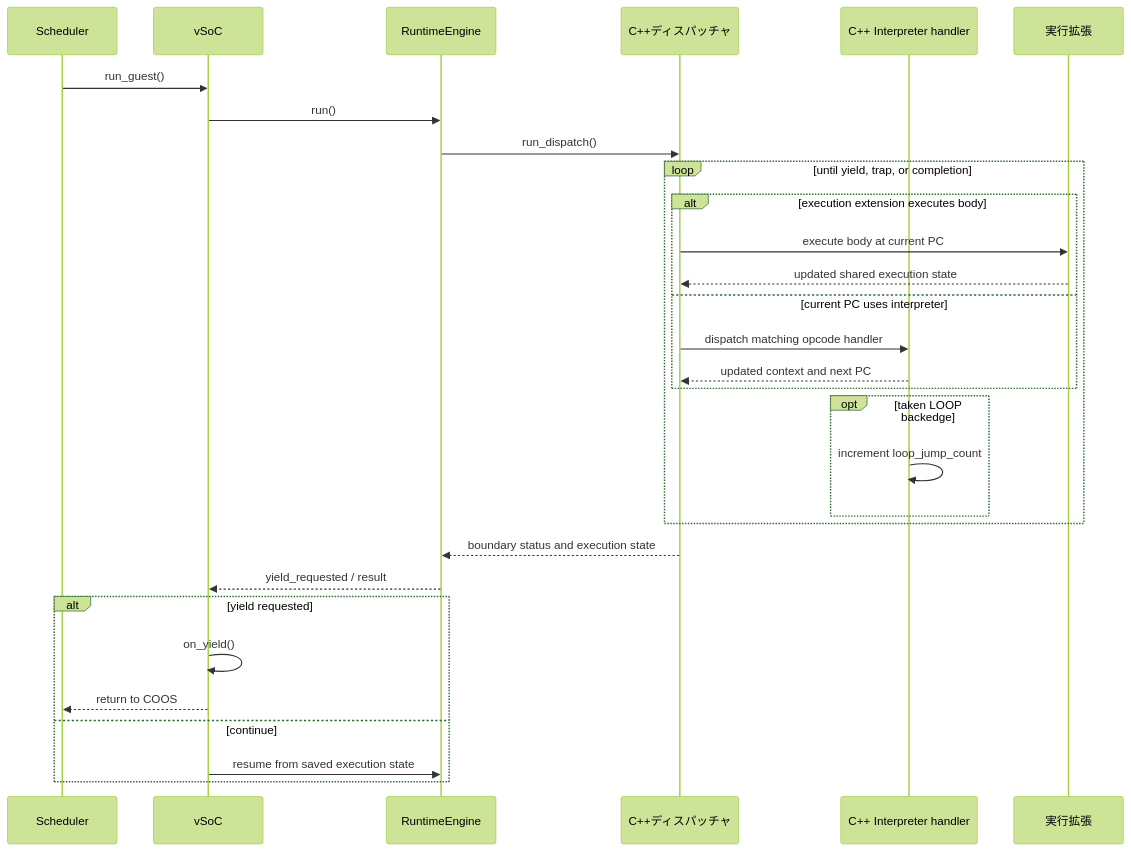
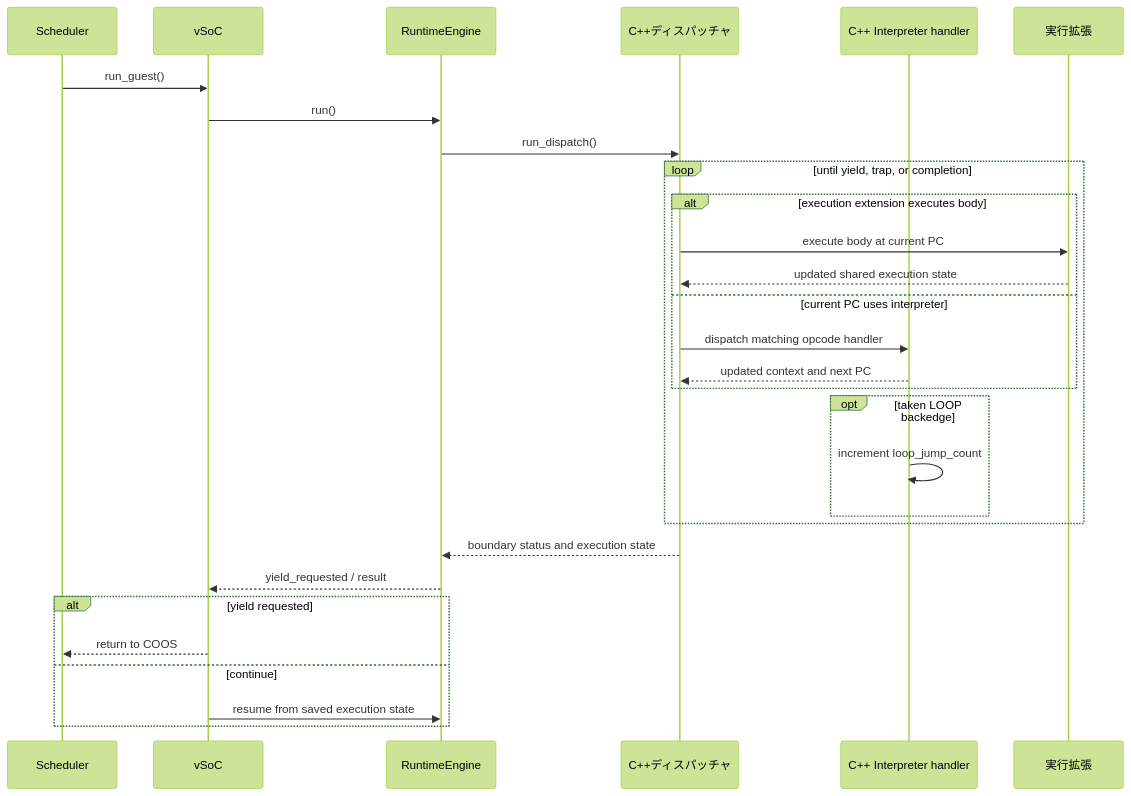
One commit to kmt-t/fireball changed the third of 7 diagrams in docs/components/tier2_runtime/runtime_vsoc.md. Above: the diagram before and after it, drawn with Mermaid (forest theme). The commit also changed other lines of this file and 18 other files, not shown here.

````diff
--- a/docs/components/tier2_runtime/runtime_vsoc.md
+++ b/docs/components/tier2_runtime/runtime_vsoc.md
@@ -209,33 +209,32 @@
 ```mermaid
 sequenceDiagram
     participant S as Scheduler
     participant V as vSoC
     participant R as RuntimeEngine
     participant C as C++ディスパッチャ
     participant H as C++ Interpreter handler
     participant J as 実行拡張
 
     S->>V: run_guest()
     V->>R: run()
     R->>C: run_dispatch()
     loop until yield, trap, or completion
         alt execution extension executes body
             C->>J: execute body at current PC
             J-->>C: updated shared execution state
         else current PC uses interpreter
             C->>H: dispatch matching opcode handler
             H-->>C: updated context and next PC
         end
         opt taken LOOP backedge
             H->>H: increment loop_jump_count
         end
     end
     C-->>R: boundary status and execution state
     R-->>V: yield_requested / result
     alt yield requested
-        V->>V: on_yield()
         V-->>S: return to COOS
     else continue
         V->>R: resume from saved execution state
     end
 ```
````
